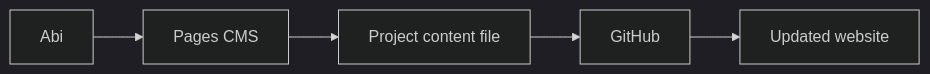
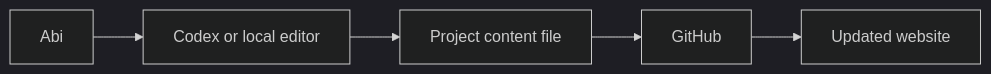
The third of 7 diagrams in docs/WORKFLOW.md (abicaride/abicaride.com), drawn with Mermaid (dark theme) before and after one commit. The commit also changed other lines of this file and 34 other files, not shown here.

````diff
--- a/docs/WORKFLOW.md
+++ b/docs/WORKFLOW.md
@@ -107,7 +111,7 @@
 ```mermaid
 flowchart LR
-    ABI["Abi"] --> CMS["Pages CMS"]
-    CMS --> FILE["Project content file"]
+    ABI["Abi"] --> CODEX["Codex or local editor"]
+    CODEX --> FILE["Project content file"]
     FILE --> GIT["GitHub"]
     GIT --> SITE["Updated website"]
 ```
````
